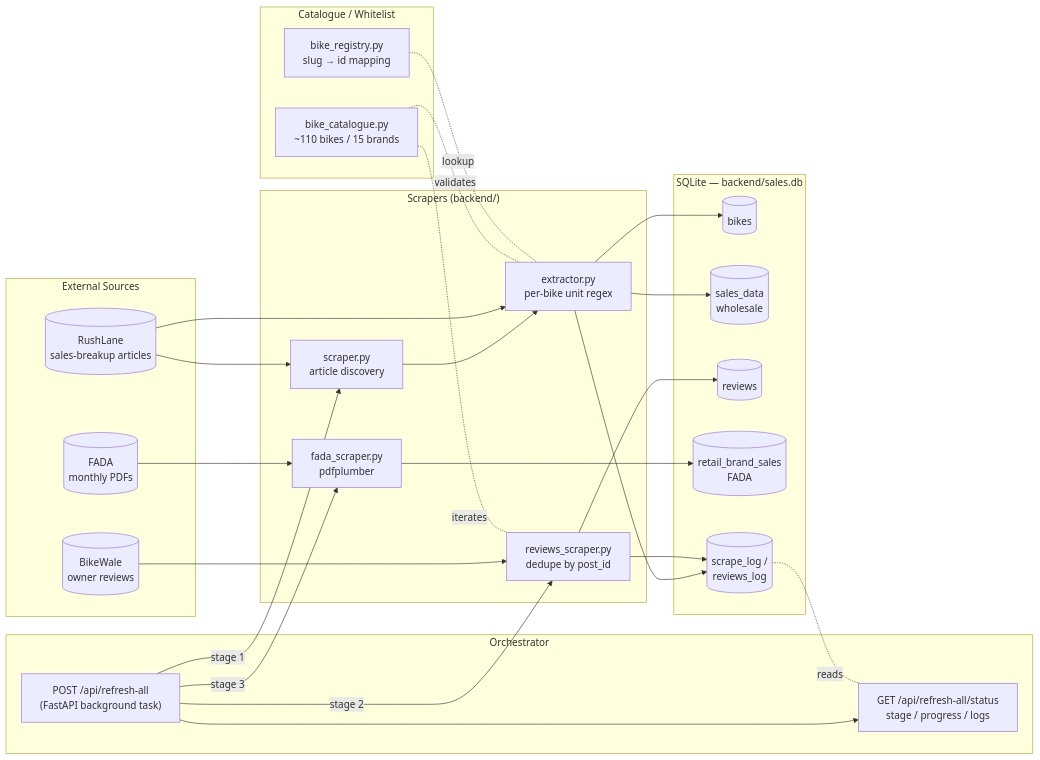
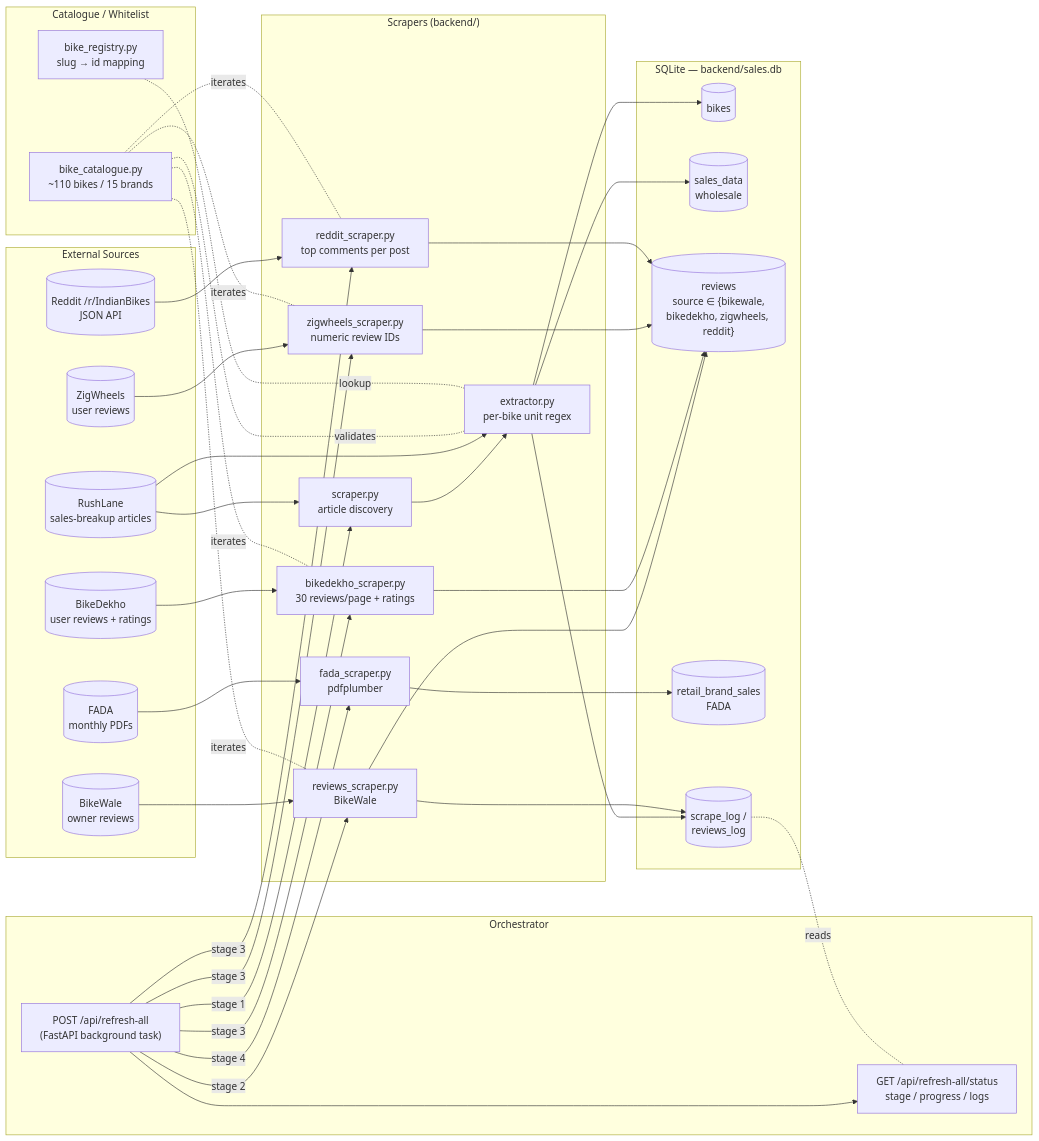
The first of 4 diagrams in ARCHITECTURE.md (varneya/india-two-wheeler-dashboard), drawn with Mermaid before and after one commit. The commit also changed other lines of this file and 8 other files, not shown here.

````diff
--- a/ARCHITECTURE.md
+++ b/ARCHITECTURE.md
@@ -16,56 +16,72 @@
 ```mermaid
 flowchart LR
     subgraph Sources["External Sources"]
         RL[(RushLane<br/>sales-breakup articles)]
         BW[(BikeWale<br/>owner reviews)]
+        BD[(BikeDekho<br/>user reviews + ratings)]
+        ZW[(ZigWheels<br/>user reviews)]
+        RD[(Reddit /r/IndianBikes<br/>JSON API)]
         FADA[(FADA<br/>monthly PDFs)]
     end
 
     subgraph Catalogue["Catalogue / Whitelist"]
         BC[bike_catalogue.py<br/>~110 bikes / 15 brands]
         BR[bike_registry.py<br/>slug → id mapping]
     end
 
     subgraph Scrapers["Scrapers (backend/)"]
         SC[scraper.py<br/>article discovery]
         EX[extractor.py<br/>per-bike unit regex]
-        RS[reviews_scraper.py<br/>dedupe by post_id]
+        RS[reviews_scraper.py<br/>BikeWale]
+        BDS[bikedekho_scraper.py<br/>30 reviews/page + ratings]
+        ZWS[zigwheels_scraper.py<br/>numeric review IDs]
+        RDS[reddit_scraper.py<br/>top comments per post]
         FS[fada_scraper.py<br/>pdfplumber]
     end
 
     subgraph Orchestrator["Orchestrator"]
         RA["POST /api/refresh-all<br/>(FastAPI background task)"]
         ST["GET /api/refresh-all/status<br/>stage / progress / logs"]
     end
 
     subgraph Store["SQLite — backend/sales.db"]
         T1[(bikes)]
         T2[(sales_data<br/>wholesale)]
-        T3[(reviews)]
+        T3[("reviews<br/>source ∈ {bikewale,<br/>bikedekho, zigwheels, reddit}")]
         T4[(retail_brand_sales<br/>FADA)]
         T5[(scrape_log /<br/>reviews_log)]
     end
 
     RA -->|stage 1| SC --> EX
     RA -->|stage 2| RS
-    RA -->|stage 3| FS
+    RA -->|stage 3| BDS & ZWS & RDS
+    RA -->|stage 4| FS
 
     RL --> SC
     RL --> EX
     BW --> RS
+    BD --> BDS
+    ZW --> ZWS
+    RD --> RDS
     FADA --> FS
 
     BC -.validates.- EX
     BC -.iterates.- RS
+    BC -.iterates.- BDS
+    BC -.iterates.- ZWS
+    BC -.iterates.- RDS
     BR -.lookup.- EX
 
     EX --> T1
     EX --> T2
     EX --> T5
     RS --> T3
+    BDS --> T3
+    ZWS --> T3
+    RDS --> T3
     RS --> T5
     FS --> T4
 
     RA --> ST
     T5 -.reads.- ST
 ```
````
